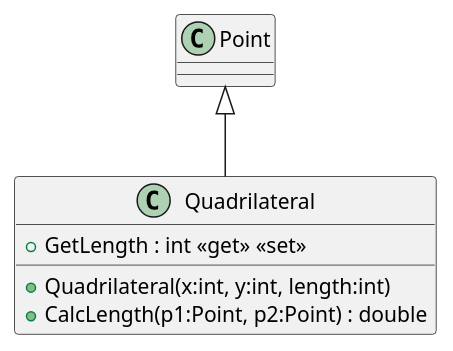
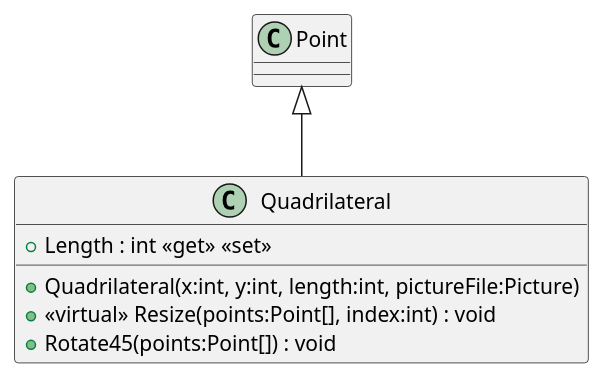
The diagram in plantuml/20240701_HW_Inheritence/Quadrilateral.puml (19vano97/levelUpOOP), drawn with PlantUML before and after one commit. The commit also changed 42 other files, not shown here.

```diff
--- a/plantuml/20240701_HW_Inheritence/Quadrilateral.puml
+++ b/plantuml/20240701_HW_Inheritence/Quadrilateral.puml
@@ -1,8 +1,9 @@
 @startuml
 class Quadrilateral {
-    + Quadrilateral(x:int, y:int, length:int)
-    + GetLength : int <<get>> <<set>>
-    + CalcLength(p1:Point, p2:Point) : double
+    + Quadrilateral(x:int, y:int, length:int, pictureFile:Picture)
+    + Length : int <<get>> <<set>>
+    + <<virtual>> Resize(points:Point[], index:int) : void
+    + Rotate45(points:Point[]) : void
 }
 Point <|-- Quadrilateral
 @enduml
```
